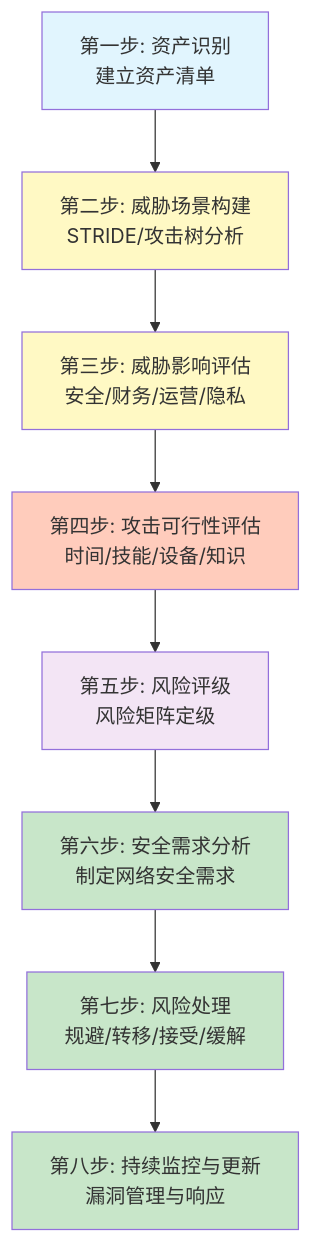
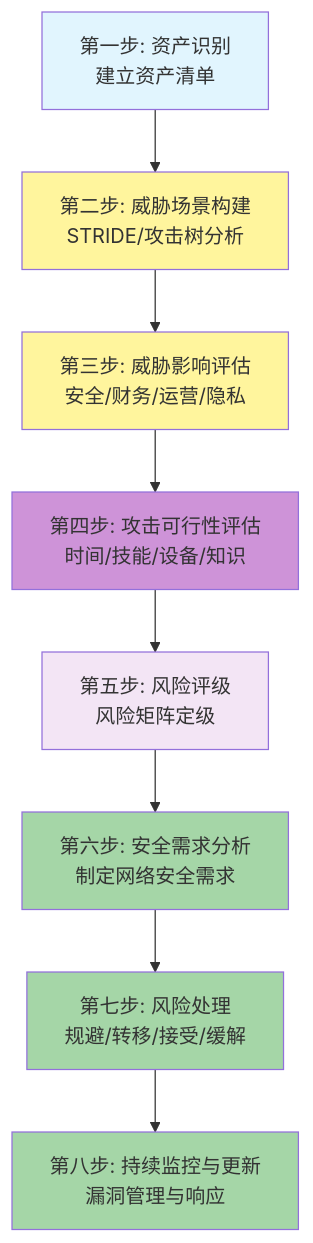
One commit to s-ai-unix/blog changed the seventh of 8 diagrams in content/posts/2026-01-16-automotive-risk-analysis-overview.md. Above: the diagram before and after it, drawn with Mermaid. The commit also changed other lines of this file and 3 other files, not shown here.

````diff
--- a/content/posts/2026-01-16-automotive-risk-analysis-overview.md
+++ b/content/posts/2026-01-16-automotive-risk-analysis-overview.md
@@ -504,19 +509,19 @@
 ```mermaid
 flowchart TD
     A[第一步: 资产识别<br>建立资产清单] --> B[第二步: 威胁场景构建<br>STRIDE/攻击树分析]
     B --> C[第三步: 威胁影响评估<br>安全/财务/运营/隐私]
     C --> D[第四步: 攻击可行性评估<br>时间/技能/设备/知识]
     D --> E[第五步: 风险评级<br>风险矩阵定级]
     E --> F[第六步: 安全需求分析<br>制定网络安全需求]
     F --> G[第七步: 风险处理<br>规避/转移/接受/缓解]
     G --> H[第八步: 持续监控与更新<br>漏洞管理与响应]
 
     style A fill:#e1f5fe
-    style B fill:#fff9c4
-    style C fill:#fff9c4
-    style D fill:#ffccbc
+    style B fill:#fff59d
+    style C fill:#fff59d
+    style D fill:#ce93d8
     style E fill:#f3e5f5
-    style F fill:#c8e6c9
-    style G fill:#c8e6c9
-    style H fill:#c8e6c9
+    style F fill:#a5d6a7
+    style G fill:#a5d6a7
+    style H fill:#a5d6a7
 ```
````
